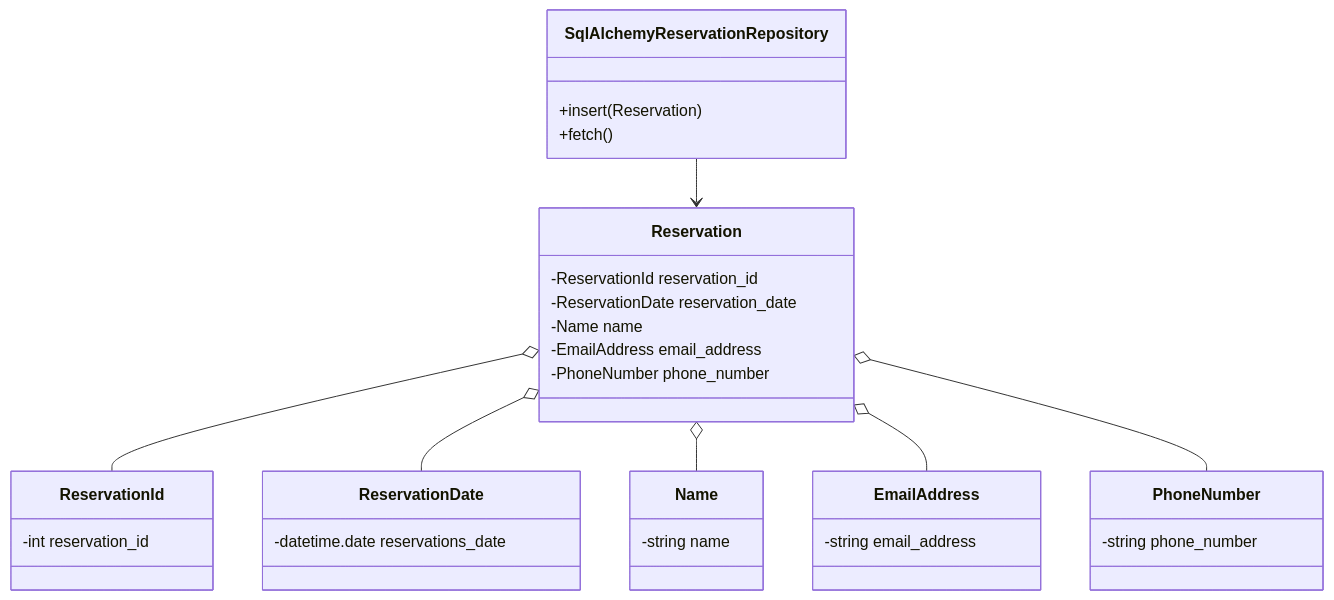
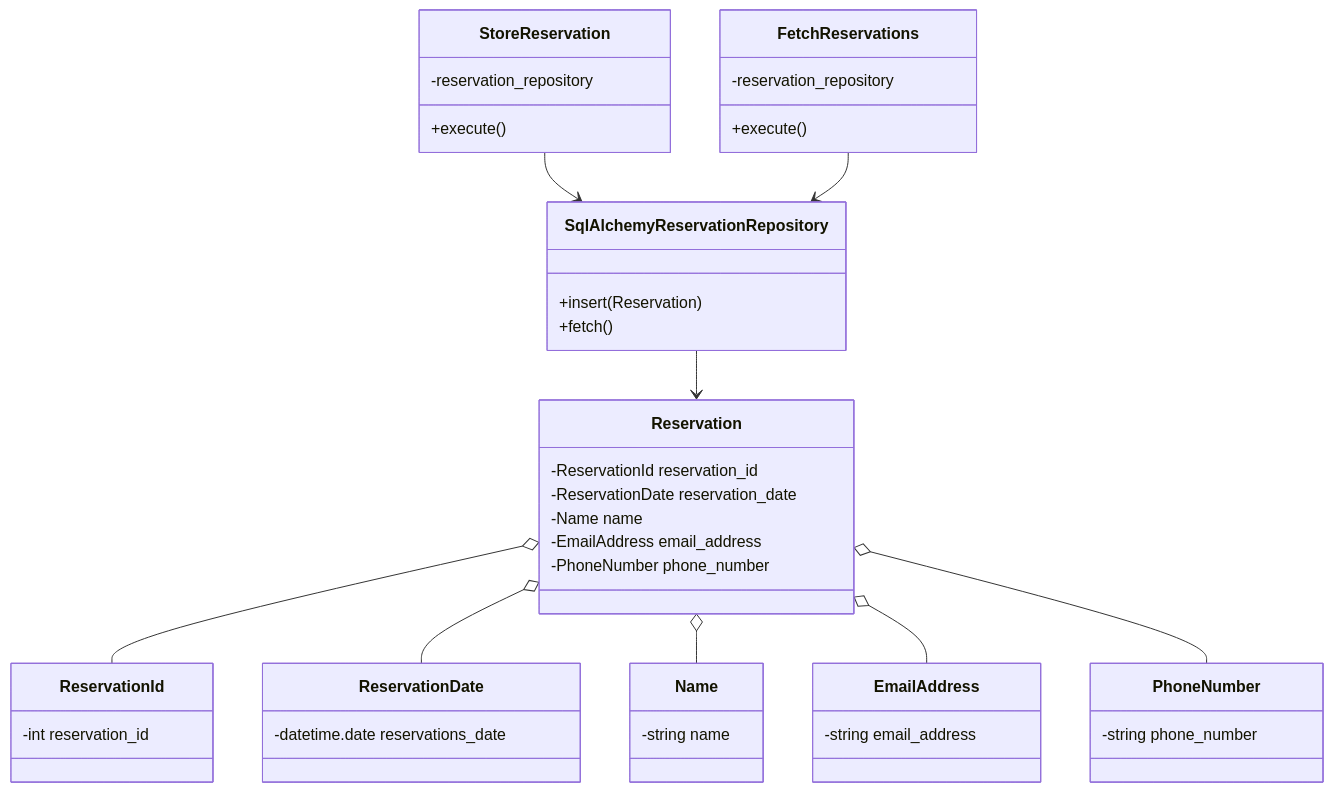
The diagram in documents/api-class-diagram.md (nakajima97/fastapi-react-reservation-form-object-oriented), drawn with Mermaid before and after one commit.

Commit message:
#13 usecaseをクラス図に追加

````diff
--- a/documents/api-class-diagram.md
+++ b/documents/api-class-diagram.md
@@ -1,36 +1,48 @@
 ```mermaid
 classDiagram
+    StoreReservation --> SqlAlchemyReservationRepository
+    class StoreReservation{
+      -reservation_repository
+      +execute()
+    }
+
+    FetchReservations --> SqlAlchemyReservationRepository
+    class FetchReservations {
+      -reservation_repository
+      +execute()
+    }
+
     SqlAlchemyReservationRepository --> Reservation
     class SqlAlchemyReservationRepository{
       +insert(Reservation)
       +fetch()
     }
 
     Reservation o-- ReservationId
     Reservation o-- ReservationDate
     Reservation o-- Name
     Reservation o-- EmailAddress
     Reservation o-- PhoneNumber
     class Reservation{
       -ReservationId reservation_id
       -ReservationDate reservation_date
       -Name name
       -EmailAddress email_address
       -PhoneNumber phone_number
     }
     class ReservationId{
       -int reservation_id
     }
     class ReservationDate{
       -datetime.date reservations_date
     }
     class Name{
       -string name
     }
     class EmailAddress{
       -string email_address
     }
     class PhoneNumber{
       -string phone_number
     }
 ```
````
